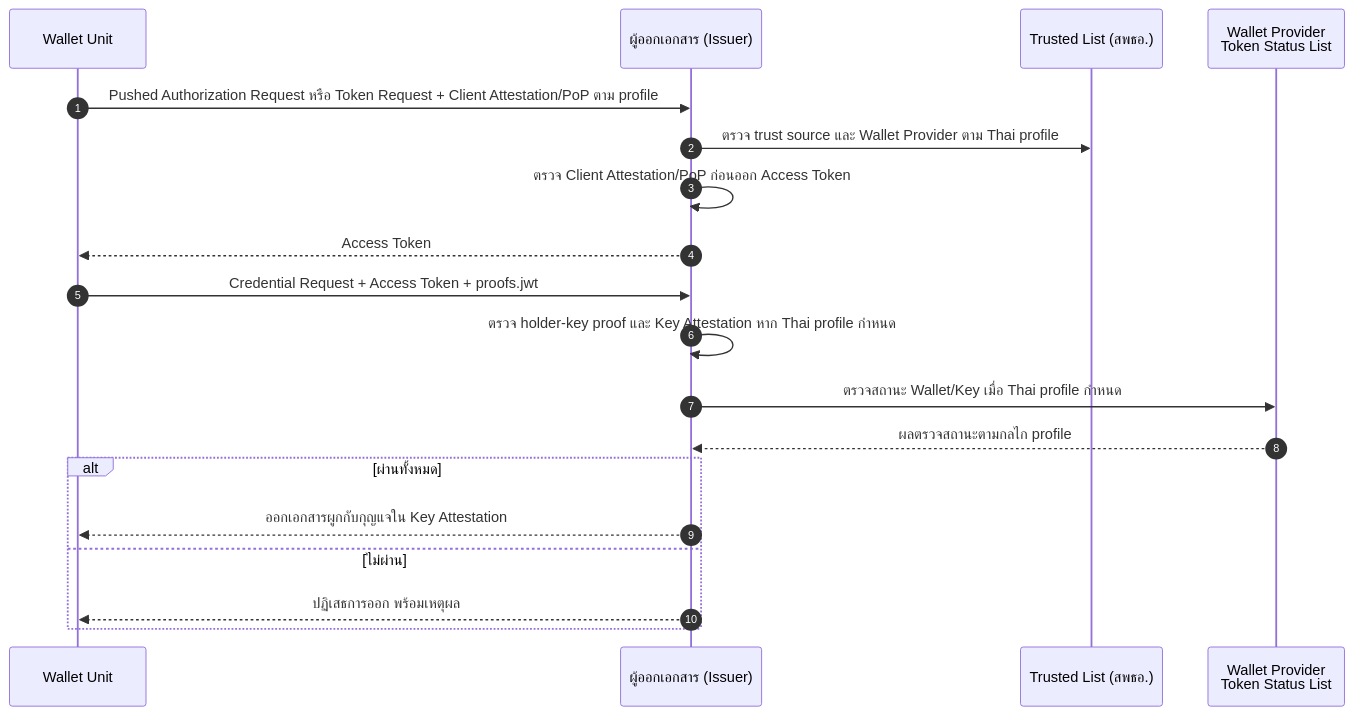
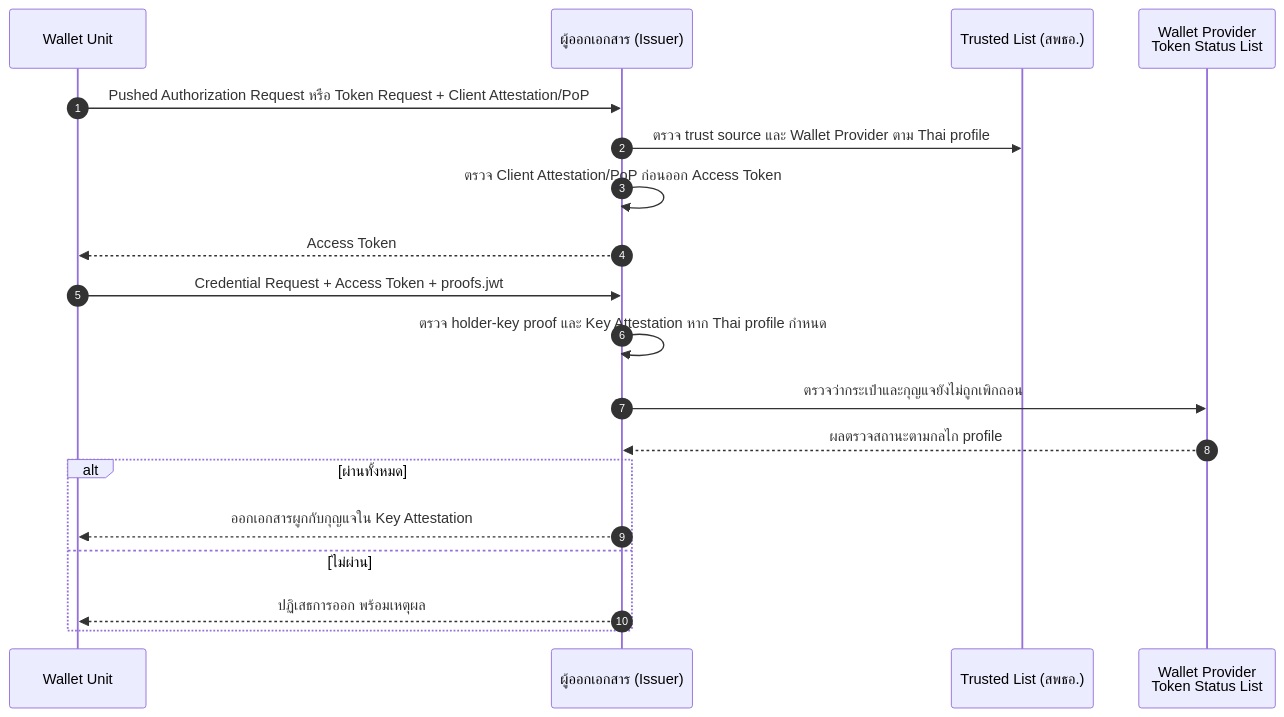
Before and after one commit to ETDA/vcdoc: the second of 4 diagrams in docs/thai-vc-arf/10-wallet-unit-attestation.md, drawn with Mermaid. The commit also changed other lines of this file and 22 other files, not shown here.

````diff
--- a/docs/thai-vc-arf/10-wallet-unit-attestation.md
+++ b/docs/thai-vc-arf/10-wallet-unit-attestation.md
@@ -110,22 +112,22 @@
 ```mermaid
 sequenceDiagram
     autonumber
     participant WU as Wallet Unit
     participant ISS as ผู้ออกเอกสาร (Issuer)
     participant TL as Trusted List (สพธอ.)
     participant WPR as Wallet Provider<br/>Token Status List
 
-    WU->>ISS: Pushed Authorization Request หรือ Token Request + Client Attestation/PoP ตาม profile
+    WU->>ISS: Pushed Authorization Request หรือ Token Request + Client Attestation/PoP
     ISS->>TL: ตรวจ trust source และ Wallet Provider ตาม Thai profile
     ISS->>ISS: ตรวจ Client Attestation/PoP ก่อนออก Access Token
     ISS-->>WU: Access Token
     WU->>ISS: Credential Request + Access Token + proofs.jwt
     ISS->>ISS: ตรวจ holder-key proof และ Key Attestation หาก Thai profile กำหนด
-    ISS->>WPR: ตรวจสถานะ Wallet/Key เมื่อ Thai profile กำหนด
+    ISS->>WPR: ตรวจว่ากระเป๋าและกุญแจยังไม่ถูกเพิกถอน
     WPR-->>ISS: ผลตรวจสถานะตามกลไก profile
     alt ผ่านทั้งหมด
         ISS-->>WU: ออกเอกสารผูกกับกุญแจใน Key Attestation
     else ไม่ผ่าน
         ISS-->>WU: ปฏิเสธการออก พร้อมเหตุผล
     end
 ```
````
